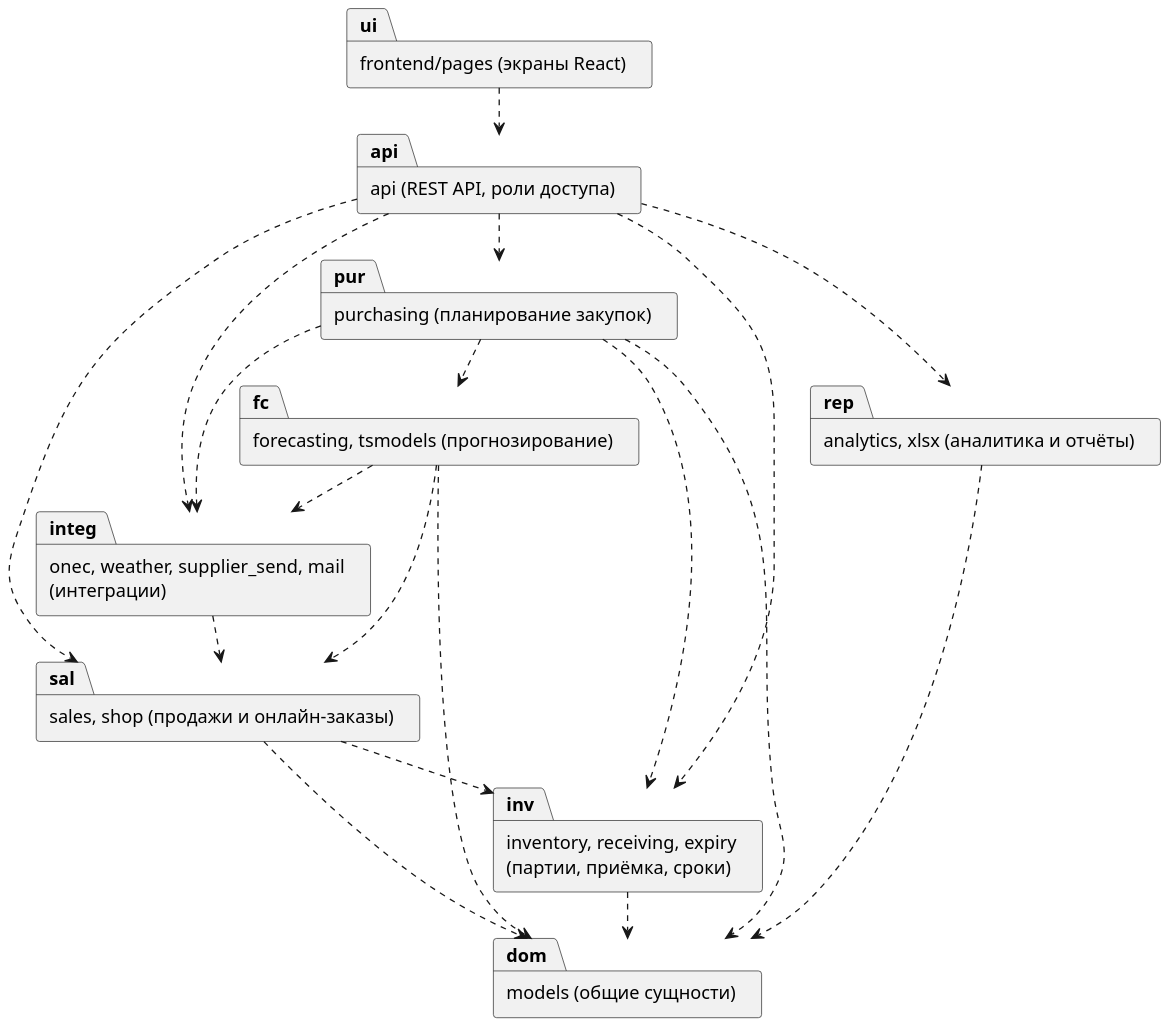
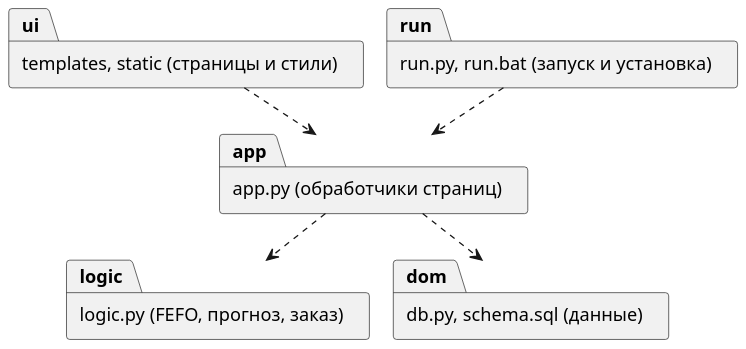
One commit to DarkSwordman999/flower-demand-planning changed the diagram in diagrams/uml_packages.puml. Above: the diagram before and after it, drawn with PlantUML. The commit also changed 40 other files, not shown here.

Commit message:
ПР 5-6, 7-8, 9-10 под базовую редакцию: IDEF0/IDEF3 из пяти работ салона, UML по модулям app.py и logic.py, план из 12 этапов по датам ПР 3

```diff
--- a/diagrams/uml_packages.puml
+++ b/diagrams/uml_packages.puml
@@ -1,34 +1,16 @@
 @startuml
 !pragma layout smetana
 skinparam dpi 150
 skinparam defaultFontName Arial
 skinparam shadowing false
 skinparam monochrome true
-package "frontend/pages (экраны React)" as ui
-package "api (REST API, роли доступа)" as api
-package "purchasing (планирование закупок)" as pur
-package "inventory, receiving, expiry\n(партии, приёмка, сроки)" as inv
-package "sales, shop (продажи и онлайн-заказы)" as sal
-package "forecasting, tsmodels (прогнозирование)" as fc
-package "onec, weather, supplier_send, mail\n(интеграции)" as integ
-package "analytics, xlsx (аналитика и отчёты)" as rep
-package "models (общие сущности)" as dom
-ui ..> api
-api ..> pur
-api ..> inv
-api ..> sal
-api ..> rep
-api ..> integ
-pur ..> fc
-pur ..> inv
-pur ..> integ
-sal ..> inv
-fc ..> sal
-fc ..> integ
-integ ..> sal
-pur ..> dom
-inv ..> dom
-sal ..> dom
-fc ..> dom
-rep ..> dom
+package "templates, static (страницы и стили)" as ui
+package "app.py (обработчики страниц)" as app
+package "logic.py (FEFO, прогноз, заказ)" as logic
+package "db.py, schema.sql (данные)" as dom
+package "run.py, run.bat (запуск и установка)" as run
+ui ..> app
+app ..> logic
+app ..> dom
+run ..> app
 @enduml
```
